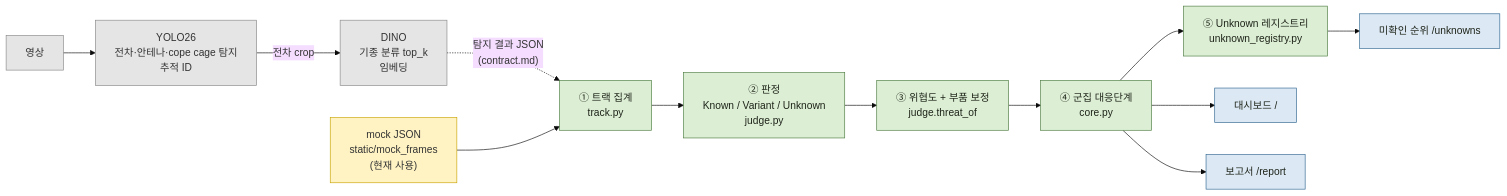
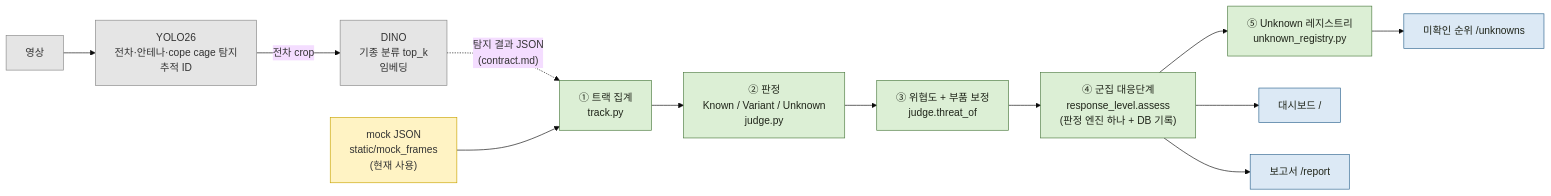
Before and after one commit to smartwolly5-afk/5_final: the first of 4 diagrams in 정리/02_전체_흐름도.md, drawn with Mermaid (base theme). The commit also changed other lines of this file and 38 other files, not shown here.

````diff
--- a/정리/02_전체_흐름도.md
+++ b/정리/02_전체_흐름도.md
@@ -11,18 +11,18 @@
 ```mermaid
 flowchart LR
     V["영상"]:::model --> Y["YOLO26<br/>전차·안테나·cope cage 탐지<br/>추적 ID"]:::model
     Y -->|"전차 crop"| D["DINO<br/>기종 분류 top_k<br/>임베딩"]:::model
     D -.->|"탐지 결과 JSON<br/>(contract.md)"| T
     M["mock JSON<br/>static/mock_frames<br/>(현재 사용)"]:::mock --> T
     T["① 트랙 집계<br/>track.py"]:::ours --> J["② 판정<br/>Known / Variant / Unknown<br/>judge.py"]:::ours
     J --> W["③ 위협도 + 부품 보정<br/>judge.threat_of"]:::ours
-    W --> C["④ 군집 대응단계<br/>core.py"]:::ours
+    W --> C["④ 군집 대응단계<br/>response_level.assess<br/>(판정 엔진 하나 + DB 기록)"]:::ours
     C --> R["⑤ Unknown 레지스트리<br/>unknown_registry.py"]:::ours
     C --> UI1["대시보드 /"]:::ui
     R --> UI2["미확인 순위 /unknowns"]:::ui
     C --> UI3["보고서 /report"]:::ui
     classDef model fill:#e5e5e5,stroke:#888,color:#333
     classDef mock fill:#fff3c4,stroke:#c9a400,color:#333
     classDef ours fill:#dcefd5,stroke:#4b7a3f,color:#1f2419
     classDef ui fill:#dce9f5,stroke:#2f6690,color:#1f2419
 ```
````
